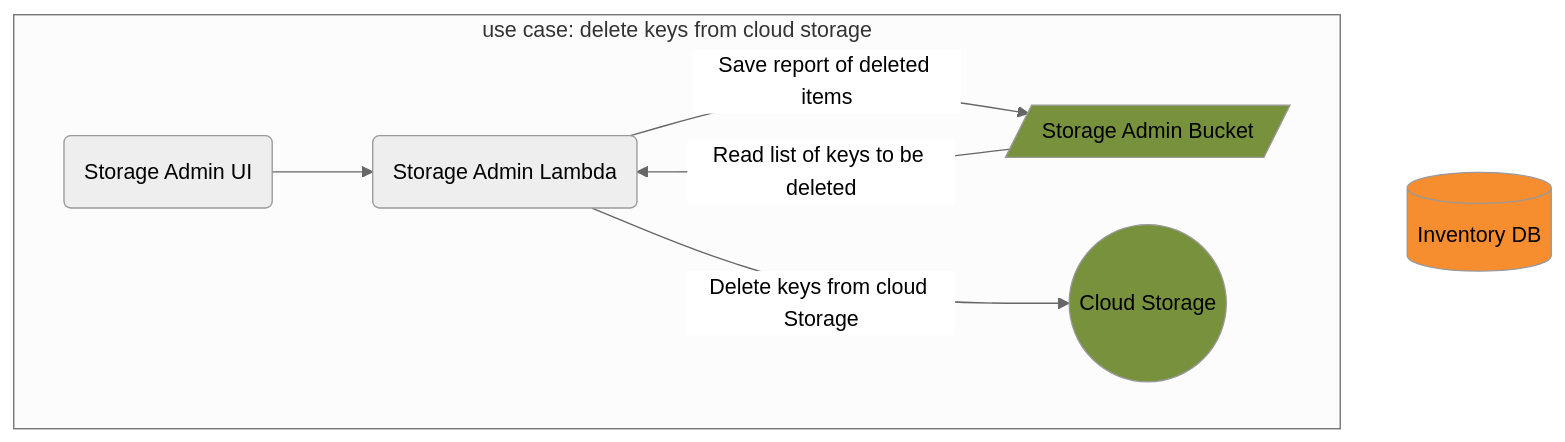
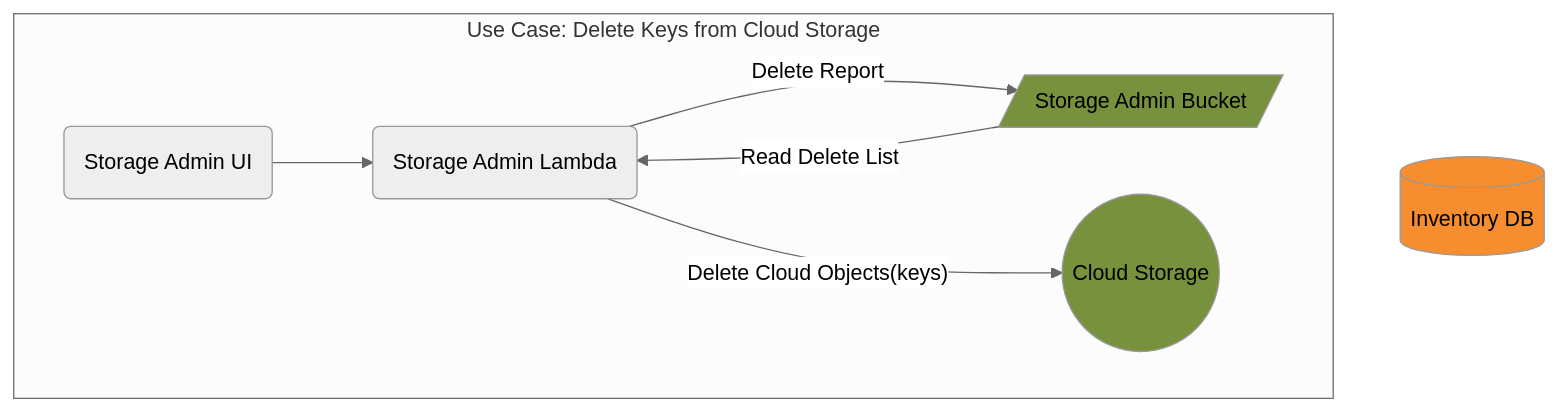
Before and after one commit to CDLUC3/mrt-doc: the diagram in diagrams/store-admin-del-node-keys.mmd, drawn with Mermaid. The commit also changed 9 other files, not shown here.

Commit message:
refine store admin diagrams

```diff
--- a/diagrams/store-admin-del-node-keys.mmd
+++ b/diagrams/store-admin-del-node-keys.mmd
@@ -1,18 +1,18 @@
 %%{init: {'theme': 'neutral', 'securityLevel': 'loose'}}%%
 graph TD
   SAUI("Storage Admin UI")
   SA("Storage Admin Lambda")
   RDS[(Inventory DB)]
   SABUCK[/"Storage Admin Bucket"/]
   CLOUD(("Cloud Storage"))
 
-  subgraph "use case: delete keys from cloud storage"
+  subgraph "Use Case: Delete Keys from Cloud Storage"
     SAUI-->SA
-    SABUCK-->|"Read list of keys to be deleted"|SA
-    SA-->|"Delete keys from cloud Storage"|CLOUD
-    SA-->|"Save report of deleted items"|SABUCK
+    SABUCK-->|"Read Delete List"|SA
+    SA-->|"Delete Cloud Objects(keys)"|CLOUD
+    SA-->|"Delete Report"|SABUCK
   end
 
   style RDS fill:#F68D2F
   style SABUCK fill:#77913C
   style CLOUD fill:#77913C
```
